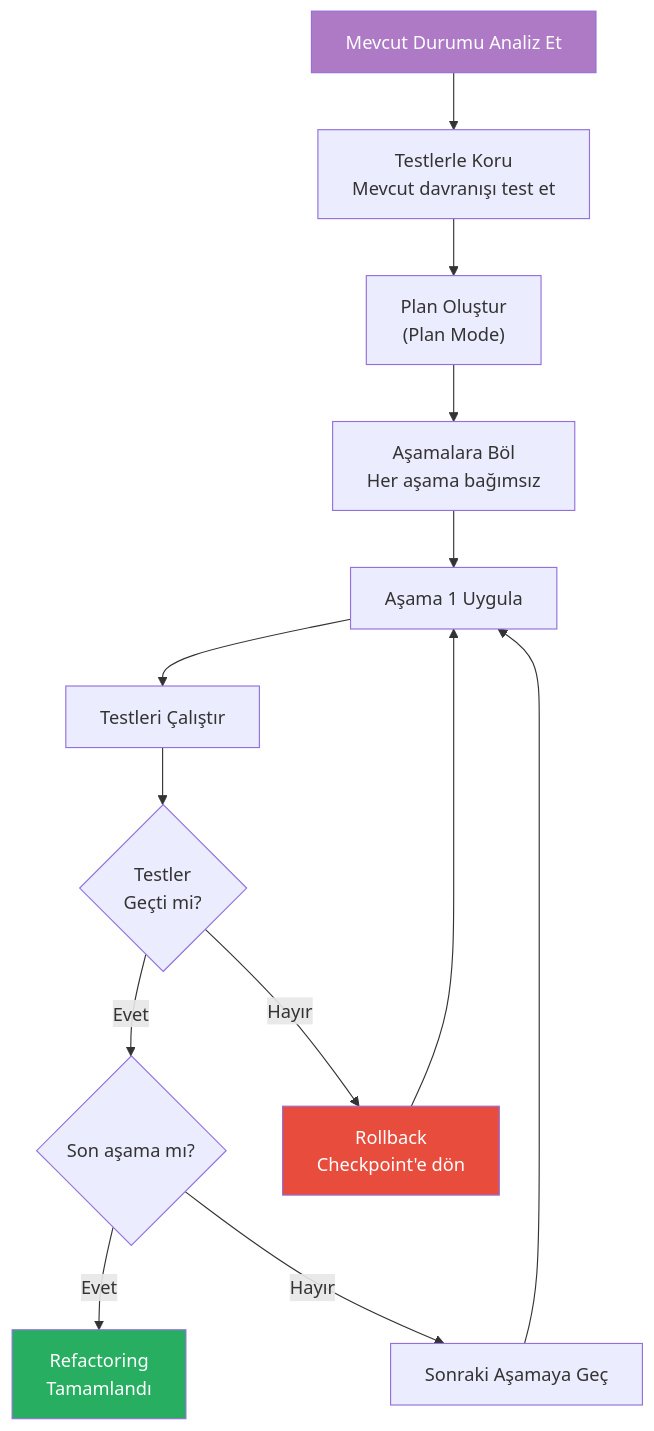
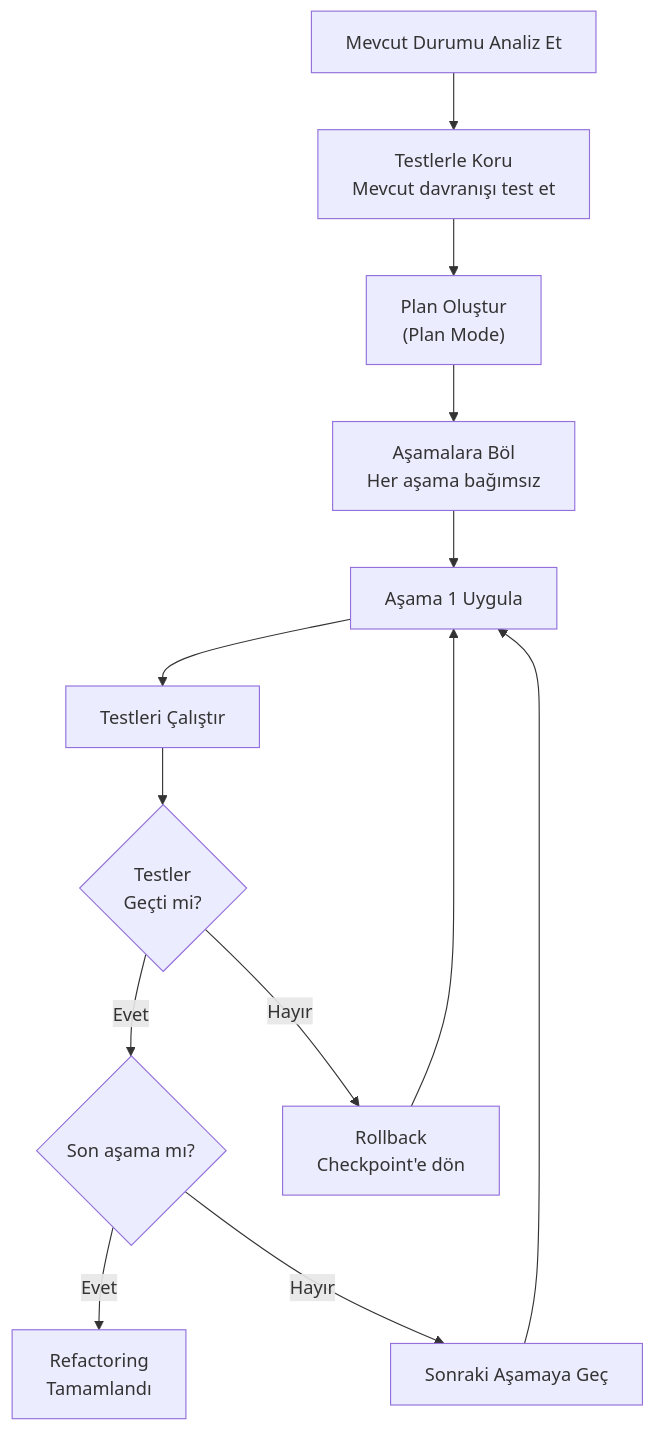
One commit to IzzetYasinAtes/ClaudeCodeHandbook changed the first of 2 diagrams in 20-pratik-senaryolar/03-refactoring.md. Above: the diagram before and after it, drawn with Mermaid. The commit also changed other lines of this file and 97 other files, not shown here.

Commit message:
Remove all custom Mermaid style/fill colors from 98 markdown files for consistent dark theme rendering

````diff
--- a/20-pratik-senaryolar/03-refactoring.md
+++ b/20-pratik-senaryolar/03-refactoring.md
@@ -19,19 +19,15 @@
 ```mermaid
 flowchart TD
     A["Mevcut Durumu Analiz Et"] --> B["Testlerle Koru<br/>Mevcut davranışı test et"]
     B --> C["Plan Oluştur<br/>(Plan Mode)"]
     C --> D["Aşamalara Böl<br/>Her aşama bağımsız"]
     D --> E["Aşama 1 Uygula"]
     E --> F["Testleri Çalıştır"]
     F --> G{"Testler<br/>Geçti mi?"}
     G -->|Evet| H{"Son aşama mı?"}
     G -->|Hayır| I["Rollback<br/>Checkpoint'e dön"]
     H -->|Evet| J["Refactoring<br/>Tamamlandı"]
     H -->|Hayır| K["Sonraki Aşamaya Geç"]
     K --> E
     I --> E
-
-    style A fill:#AF7AC5,color:#fff
-    style J fill:#27AE60,color:#fff
-    style I fill:#E74C3C,color:#fff
 ```
````
